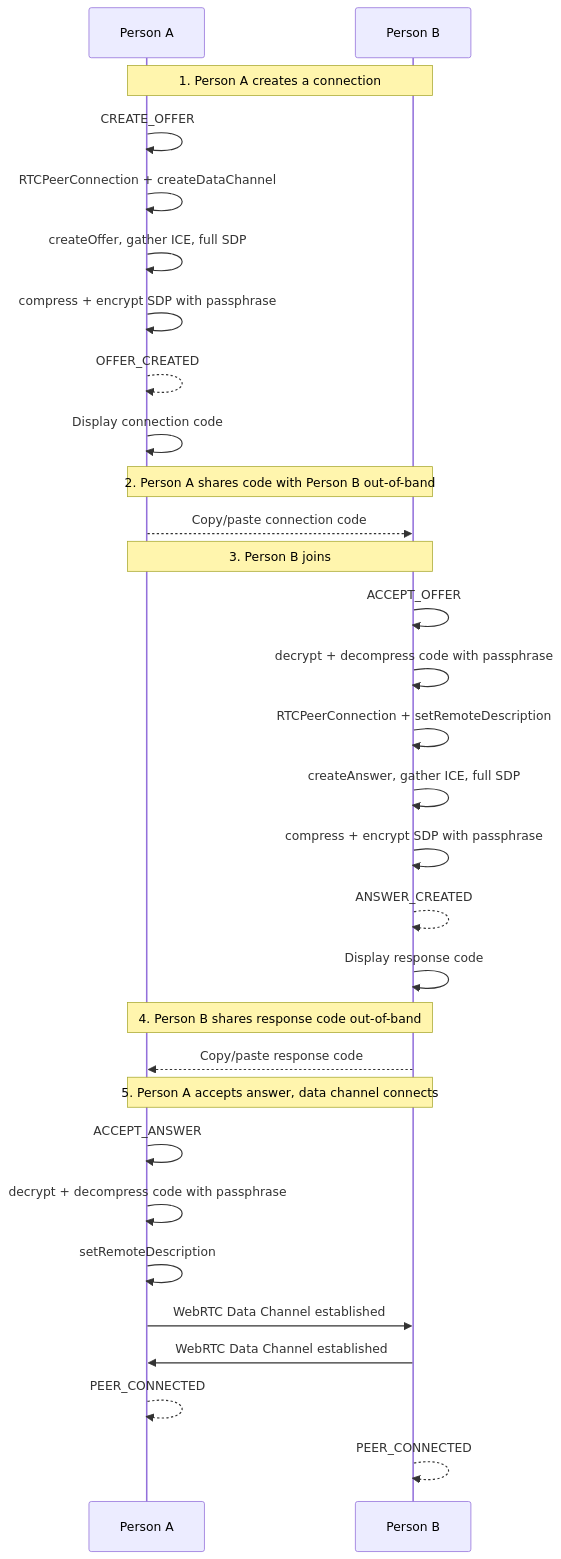
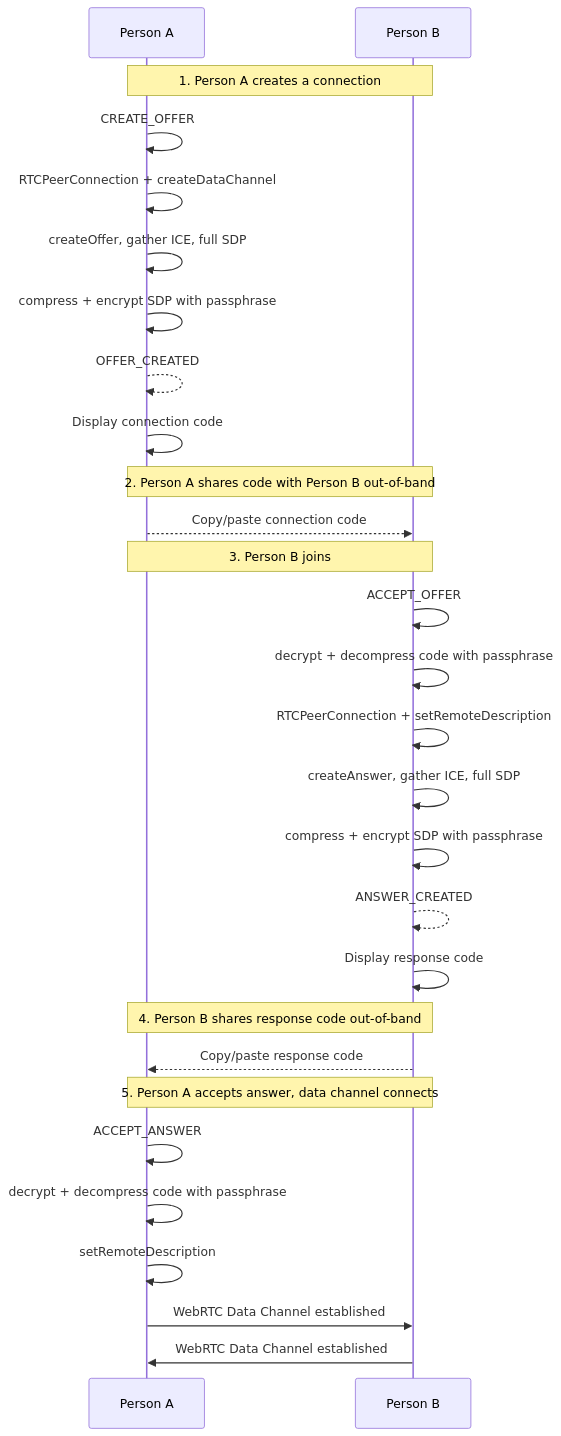
The third of 6 diagrams in docs/architecture.md (RyanDur/battleship), drawn with Mermaid before and after one commit. The commit also changed other lines of this file and 1 other file, not shown here.

First line of the commit message:
docs: update README and architecture to reflect current state through iteration 6

````diff
--- a/docs/architecture.md
+++ b/docs/architecture.md
@@ -113,44 +185,41 @@
 ```mermaid
 sequenceDiagram
     participant A as Person A
     participant B as Person B
 
     Note over A, B: 1. Person A creates a connection
 
     A->>A: CREATE_OFFER
     A->>A: RTCPeerConnection + createDataChannel
     A->>A: createOffer, gather ICE, full SDP
     A->>A: compress + encrypt SDP with passphrase
     A-->>A: OFFER_CREATED
     A->>A: Display connection code
 
     Note over A, B: 2. Person A shares code with Person B out-of-band
 
     A-->>B: Copy/paste connection code
 
     Note over A, B: 3. Person B joins
 
     B->>B: ACCEPT_OFFER
     B->>B: decrypt + decompress code with passphrase
     B->>B: RTCPeerConnection + setRemoteDescription
     B->>B: createAnswer, gather ICE, full SDP
     B->>B: compress + encrypt SDP with passphrase
     B-->>B: ANSWER_CREATED
     B->>B: Display response code
 
     Note over A, B: 4. Person B shares response code out-of-band
 
     B-->>A: Copy/paste response code
 
     Note over A, B: 5. Person A accepts answer, data channel connects
 
     A->>A: ACCEPT_ANSWER
     A->>A: decrypt + decompress code with passphrase
     A->>A: setRemoteDescription
 
     A->>B: WebRTC Data Channel established
     B->>A: WebRTC Data Channel established
-
-    A-->>A: PEER_CONNECTED
-    B-->>B: PEER_CONNECTED
 ```
````
